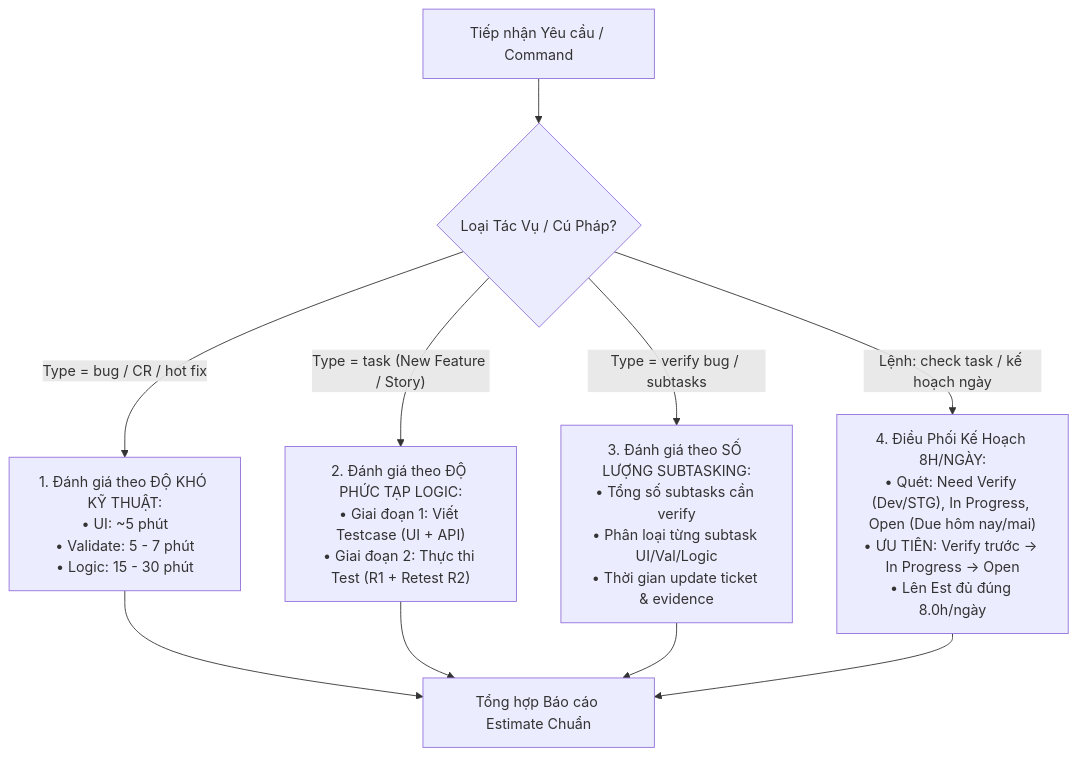
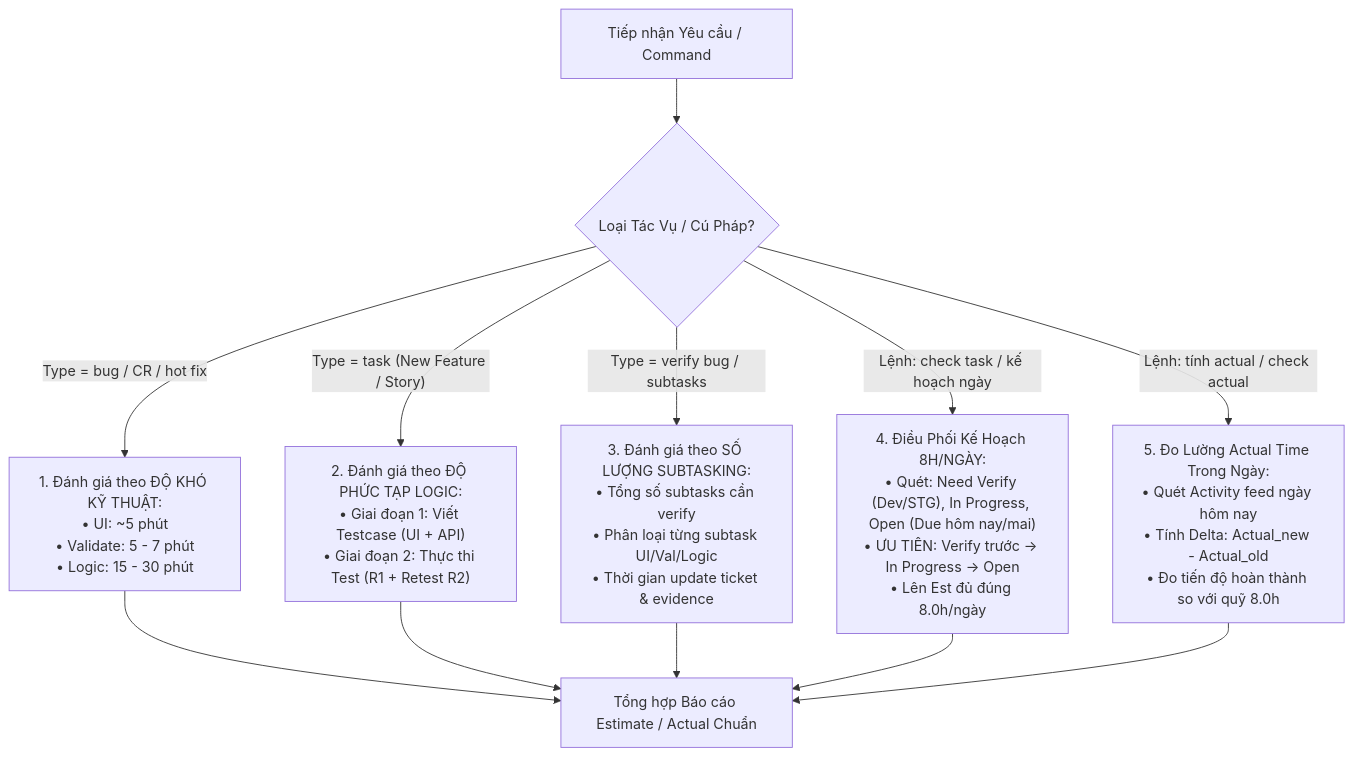
The first of 2 diagrams in Universal_Rules/08_task_estimation_rule.md (leo1133/SurrealDoll), drawn with Mermaid before and after one commit. The commit also changed other lines of this file and 1 other file, not shown here.

Commit message:
feat(rules): add Section 6 daily actual time calculation protocol with Delta tracking and 8h quota reconciliation

````diff
--- a/Universal_Rules/08_task_estimation_rule.md
+++ b/Universal_Rules/08_task_estimation_rule.md
@@ -13,17 +13,20 @@
 ```mermaid
 flowchart TD
     Receive["Tiếp nhận Yêu cầu / Command"] --> CheckType{"Loại Tác Vụ / Cú Pháp?"}
 
     CheckType -- "Type = bug / CR / hot fix" --> BugFlow["1. Đánh giá theo ĐỘ KHÓ KỸ THUẬT:<br>• UI: ~5 phút<br>• Validate: 5 - 7 phút<br>• Logic: 15 - 30 phút"]
     
     CheckType -- "Type = task (New Feature / Story)" --> TaskFlow["2. Đánh giá theo ĐỘ PHỨC TẠP LOGIC:<br>• Giai đoạn 1: Viết Testcase (UI + API)<br>• Giai đoạn 2: Thực thi Test (R1 + Retest R2)"]
     
     CheckType -- "Type = verify bug / subtasks" --> VerifyFlow["3. Đánh giá theo SỐ LƯỢNG SUBTASKING:<br>• Tổng số subtasks cần verify<br>• Phân loại từng subtask UI/Val/Logic<br>• Thời gian update ticket & evidence"]
 
     CheckType -- "Lệnh: check task / kế hoạch ngày" --> DailyFlow["4. Điều Phối Kế Hoạch 8H/NGÀY:<br>• Quét: Need Verify (Dev/STG), In Progress, Open (Due hôm nay/mai)<br>• ƯU TIÊN: Verify trước -> In Progress -> Open<br>• Lên Est đủ đúng 8.0h/ngày"]
 
-    BugFlow --> Output["Tổng hợp Báo cáo Estimate Chuẩn"]
+    CheckType -- "Lệnh: tính actual / check actual" --> ActualFlow["5. Đo Lường Actual Time Trong Ngày:<br>• Quét Activity feed ngày hôm nay<br>• Tính Delta: Actual_new - Actual_old<br>• Đo tiến độ hoàn thành so với quỹ 8.0h"]
+
+    BugFlow --> Output["Tổng hợp Báo cáo Estimate / Actual Chuẩn"]
     TaskFlow --> Output
     VerifyFlow --> Output
     DailyFlow --> Output
+    ActualFlow --> Output
 ```
````
